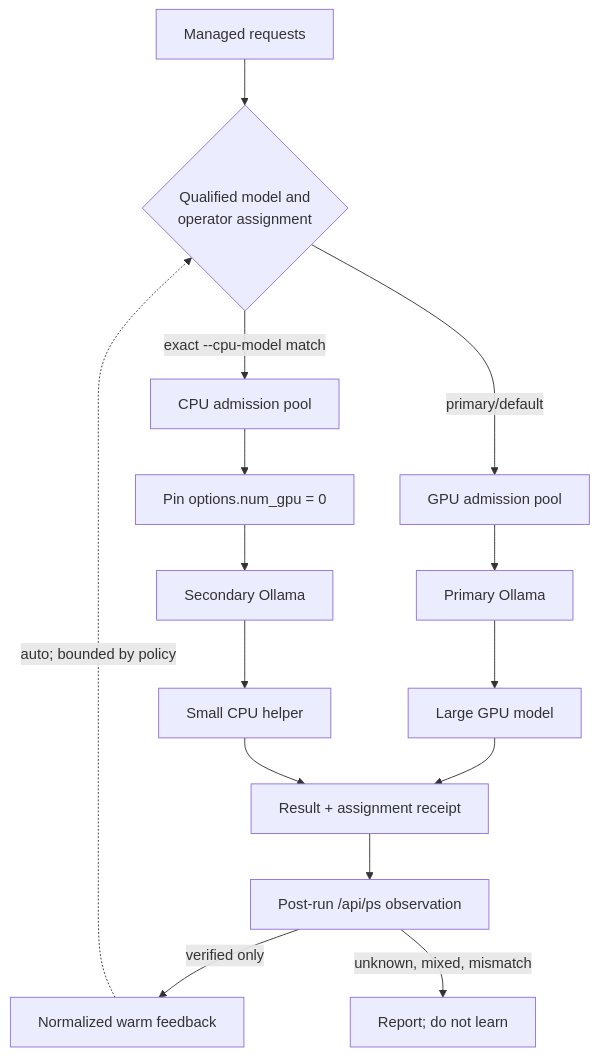
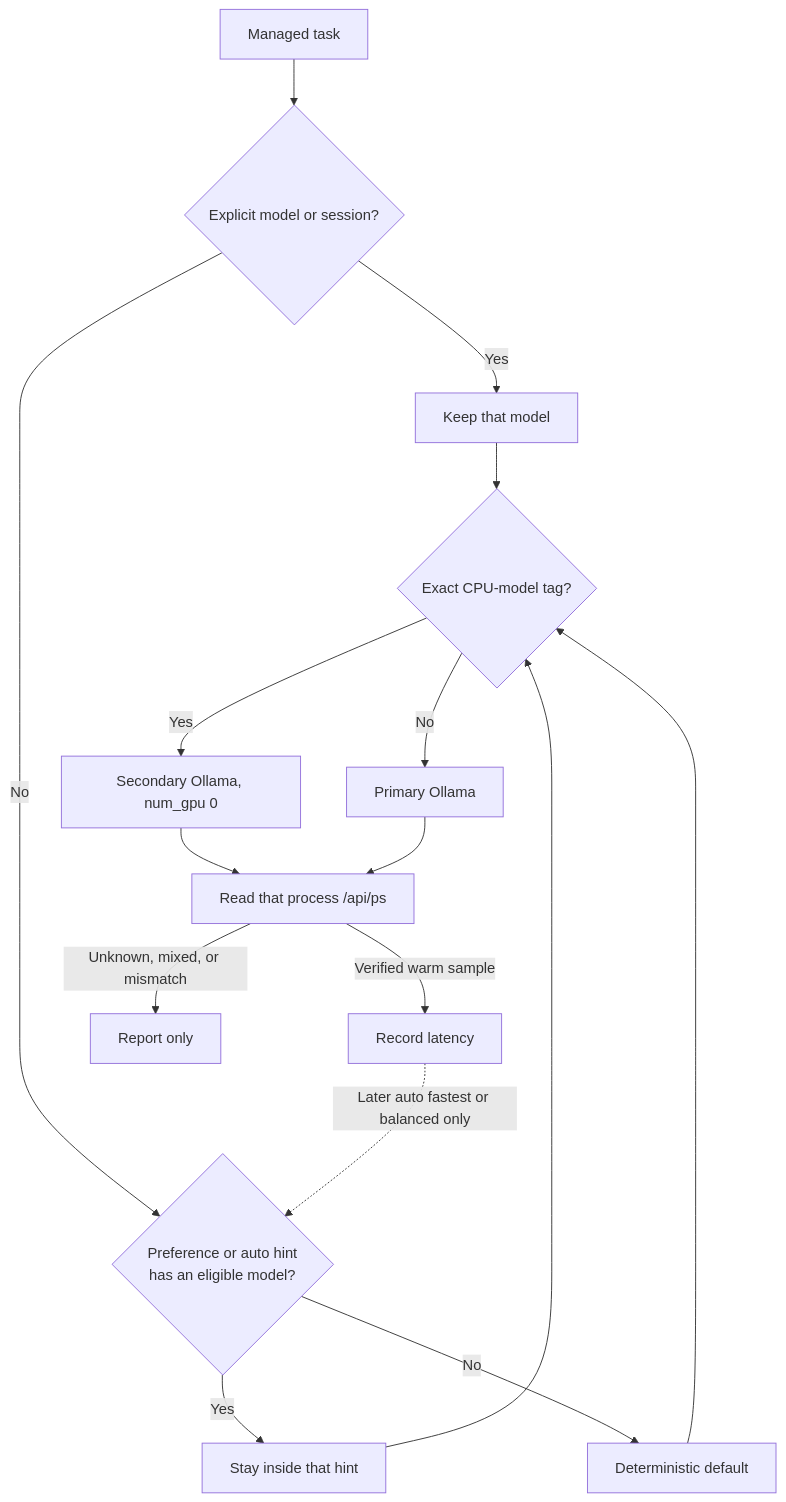
Before and after one commit to bgauryy/FreeLlama: the third of 4 diagrams in README.md, drawn with Mermaid. The commit also changed other lines of this file and 125 other files, not shown here.

````diff
--- a/README.md
+++ b/README.md
@@ -456,21 +457,18 @@
 ```mermaid
 flowchart TD
-    A["Managed requests"] --> R{"Qualified model and<br/>operator assignment"}
-
-    R -->|"primary/default"| GP["GPU admission pool"]
-    R -->|"exact --cpu-model match"| CP["CPU admission pool"]
-
-    GP --> GO["Primary Ollama"]
-    CP --> Z["Pin options.num_gpu = 0"]
-    Z --> CO["Secondary Ollama"]
-
-    GO --> G["Large GPU model"]
-    CO --> C["Small CPU helper"]
-
-    G --> REC["Result + assignment receipt"]
-    C --> REC
-    REC --> OBS["Post-run /api/ps observation"]
-    OBS -->|"verified only"| FB["Normalized warm feedback"]
-    OBS -->|"unknown, mixed, mismatch"| NO["Report; do not learn"]
-    FB -.->|"auto; bounded by policy"| R
+    IN["Managed task"] --> PIN{"Explicit model or session?"}
+    PIN -->|"Yes"| KEEP["Keep that model"]
+    PIN -->|"No"| HINT{"Preference or auto hint<br/>has an eligible model?"}
+    HINT -->|"Yes"| USE["Stay inside that hint"]
+    HINT -->|"No"| DEF["Deterministic default"]
+    KEEP --> TAG{"Exact CPU-model tag?"}
+    USE --> TAG
+    DEF --> TAG
+    TAG -->|"Yes"| CPU["Secondary Ollama, num_gpu 0"]
+    TAG -->|"No"| PRI["Primary Ollama"]
+    CPU --> OBS["Read that process /api/ps"]
+    PRI --> OBS
+    OBS -->|"Verified warm sample"| LEARN["Record latency"]
+    OBS -->|"Unknown, mixed, or mismatch"| SKIP["Report only"]
+    LEARN -.->|"Later auto fastest or balanced only"| HINT
 ```
````
